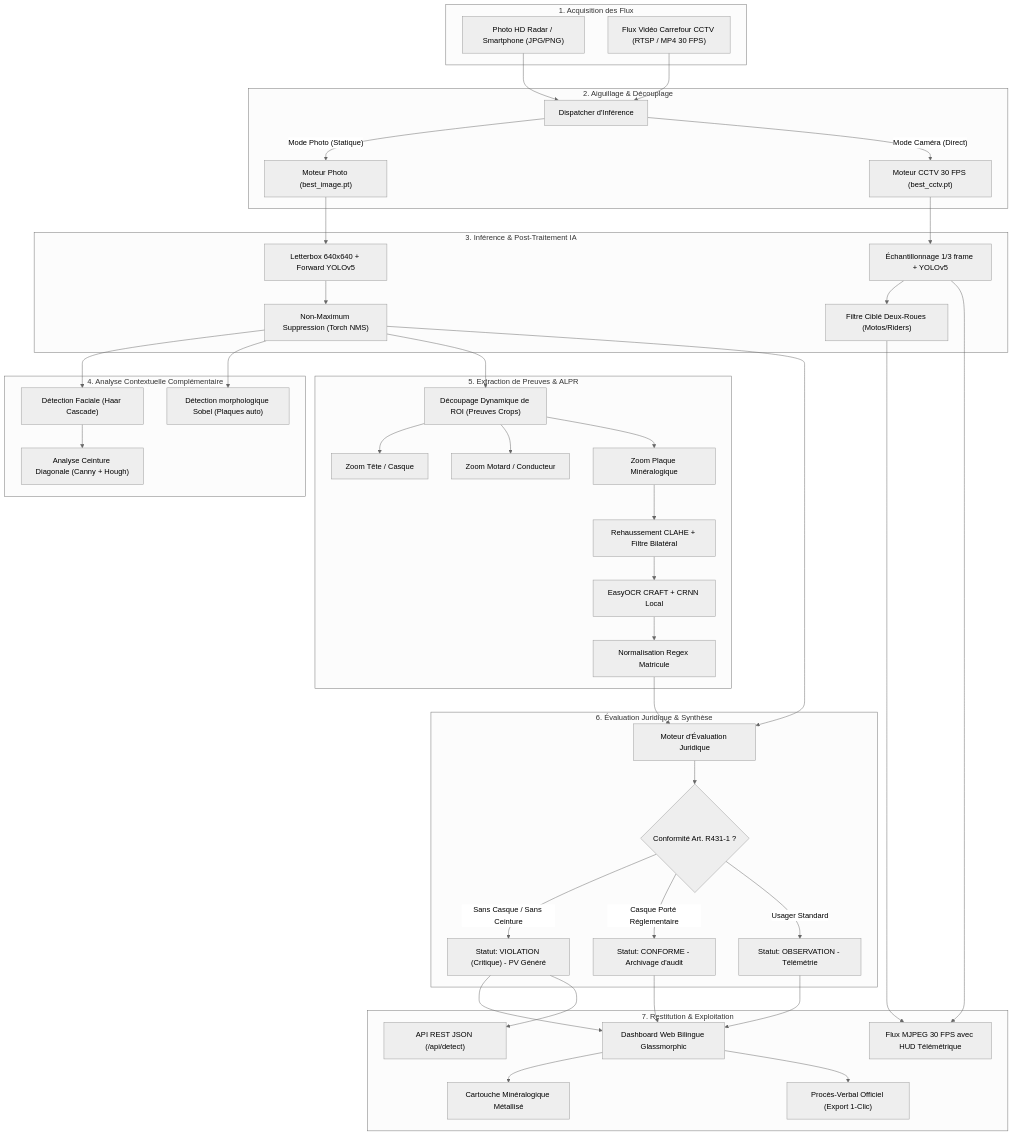
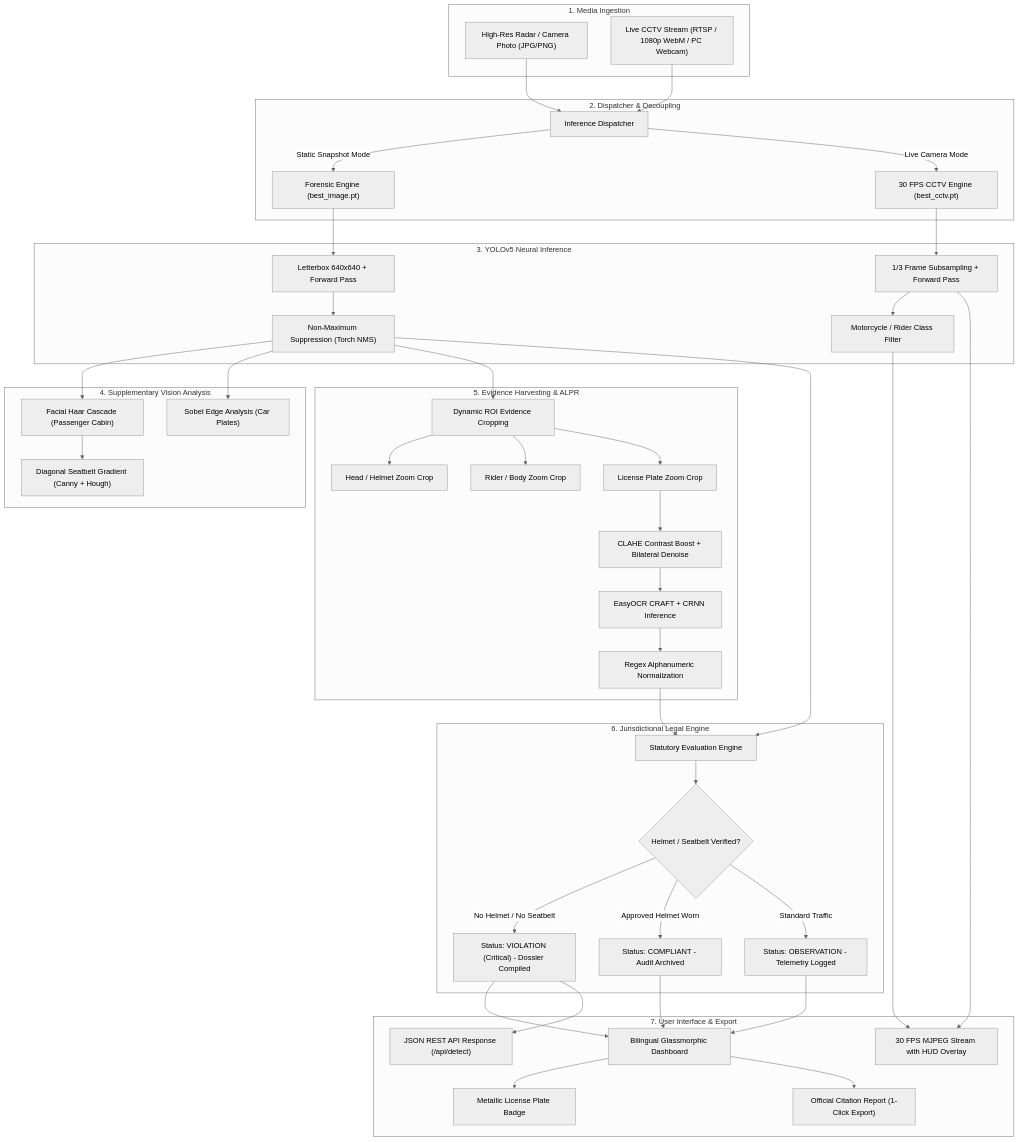
One commit to ratovoarisoaricardo/Safety-AI changed the diagram in README.md. Above: the diagram before and after it, drawn with Mermaid (neutral theme). The commit also changed other lines of this file and 1 other file, not shown here.

````diff
--- a/README.md
+++ b/README.md
@@ -129,54 +115,54 @@
 ```mermaid
 flowchart TD
-    subgraph S1["1. Acquisition des Flux"]
-        A1["Photo HD Radar / Smartphone (JPG/PNG)"]
-        A2["Flux Vidéo Carrefour CCTV (RTSP / MP4 30 FPS)"]
+    subgraph S1["1. Media Ingestion"]
+        A1["High-Res Radar / Camera Photo (JPG/PNG)"]
+        A2["Live CCTV Stream (RTSP / 1080p WebM / PC Webcam)"]
     end
 
-    subgraph S2["2. Aiguillage & Découplage"]
-        B1["Dispatcher d'Inférence"]
+    subgraph S2["2. Dispatcher & Decoupling"]
+        B1["Inference Dispatcher"]
         A1 --> B1
         A2 --> B1
-        B1 -->|"Mode Photo (Statique)"| C1["Moteur Photo (best_image.pt)"]
-        B1 -->|"Mode Caméra (Direct)"| C2["Moteur CCTV 30 FPS (best_cctv.pt)"]
+        B1 -->|"Static Snapshot Mode"| C1["Forensic Engine (best_image.pt)"]
+        B1 -->|"Live Camera Mode"| C2["30 FPS CCTV Engine (best_cctv.pt)"]
     end
 
-    subgraph S3["3. Inférence & Post-Traitement IA"]
-        C1 --> D1["Letterbox 640x640 + Forward YOLOv5"]
-        C2 --> D2["Échantillonnage 1/3 frame + YOLOv5"]
+    subgraph S3["3. YOLOv5 Neural Inference"]
+        C1 --> D1["Letterbox 640x640 + Forward Pass"]
+        C2 --> D2["1/3 Frame Subsampling + Forward Pass"]
         D1 --> E1["Non-Maximum Suppression (Torch NMS)"]
-        D2 --> E2["Filtre Ciblé Deux-Roues (Motos/Riders)"]
+        D2 --> E2["Motorcycle / Rider Class Filter"]
     end
 
-    subgraph S4["4. Analyse Contextuelle Complémentaire"]
-        E1 --> F1["Détection Faciale (Haar Cascade)"]
-        F1 --> F2["Analyse Ceinture Diagonale (Canny + Hough)"]
-        E1 --> F3["Détection morphologique Sobel (Plaques auto)"]
+    subgraph S4["4. Supplementary Vision Analysis"]
+        E1 --> F1["Facial Haar Cascade (Passenger Cabin)"]
+        F1 --> F2["Diagonal Seatbelt Gradient (Canny + Hough)"]
+        E1 --> F3["Sobel Edge Analysis (Car Plates)"]
     end
 
-    subgraph S5["5. Extraction de Preuves & ALPR"]
-        E1 --> G1["Découpage Dynamique de ROI (Preuves Crops)"]
-        G1 --> G2["Zoom Tête / Casque"]
-        G1 --> G3["Zoom Motard / Conducteur"]
-        G1 --> G4["Zoom Plaque Minéralogique"]
-        G4 --> H1["Rehaussement CLAHE + Filtre Bilatéral"]
-        H1 --> H2["EasyOCR CRAFT + CRNN Local"]
-        H2 --> H3["Normalisation Regex Matricule"]
+    subgraph S5["5. Evidence Harvesting & ALPR"]
+        E1 --> G1["Dynamic ROI Evidence Cropping"]
+        G1 --> G2["Head / Helmet Zoom Crop"]
+        G1 --> G3["Rider / Body Zoom Crop"]
+        G1 --> G4["License Plate Zoom Crop"]
+        G4 --> H1["CLAHE Contrast Boost + Bilateral Denoise"]
+        H1 --> H2["EasyOCR CRAFT + CRNN Inference"]
+        H2 --> H3["Regex Alphanumeric Normalization"]
     end
 
-    subgraph S6["6. Évaluation Juridique & Synthèse"]
-        E1 & H3 --> J1["Moteur d'Évaluation Juridique"]
-        J1 --> J2{"Conformité Art. R431-1 ?"}
-        J2 -->|"Sans Casque / Sans Ceinture"| K1["Statut: VIOLATION (Critique) - PV Généré"]
-        J2 -->|"Casque Porté Réglementaire"| K2["Statut: CONFORME - Archivage d'audit"]
-        J2 -->|"Usager Standard"| K3["Statut: OBSERVATION - Télémétrie"]
+    subgraph S6["6. Jurisdictional Legal Engine"]
+        E1 & H3 --> J1["Statutory Evaluation Engine"]
+        J1 --> J2{"Helmet / Seatbelt Verified?"}
+        J2 -->|"No Helmet / No Seatbelt"| K1["Status: VIOLATION (Critical) - Dossier Compiled"]
+        J2 -->|"Approved Helmet Worn"| K2["Status: COMPLIANT - Audit Archived"]
+        J2 -->|"Standard Traffic"| K3["Status: OBSERVATION - Telemetry Logged"]
     end
 
-    subgraph S7["7. Restitution & Exploitation"]
-        K1 & K2 & K3 --> L1["Dashboard Web Bilingue Glassmorphic"]
-        L1 --> L2["Cartouche Minéralogique Métallisé"]
-        L1 --> L3["Procès-Verbal Officiel (Export 1-Clic)"]
-        D2 & E2 --> L4["Flux MJPEG 30 FPS avec HUD Télémétrique"]
-        K1 --> L5["API REST JSON (/api/detect)"]
+    subgraph S7["7. User Interface & Export"]
+        K1 & K2 & K3 --> L1["Bilingual Glassmorphic Dashboard"]
+        L1 --> L2["Metallic License Plate Badge"]
+        L1 --> L3["Official Citation Report (1-Click Export)"]
+        D2 & E2 --> L4["30 FPS MJPEG Stream with HUD Overlay"]
+        K1 --> L5["JSON REST API Response (/api/detect)"]
     end
 ```
````
